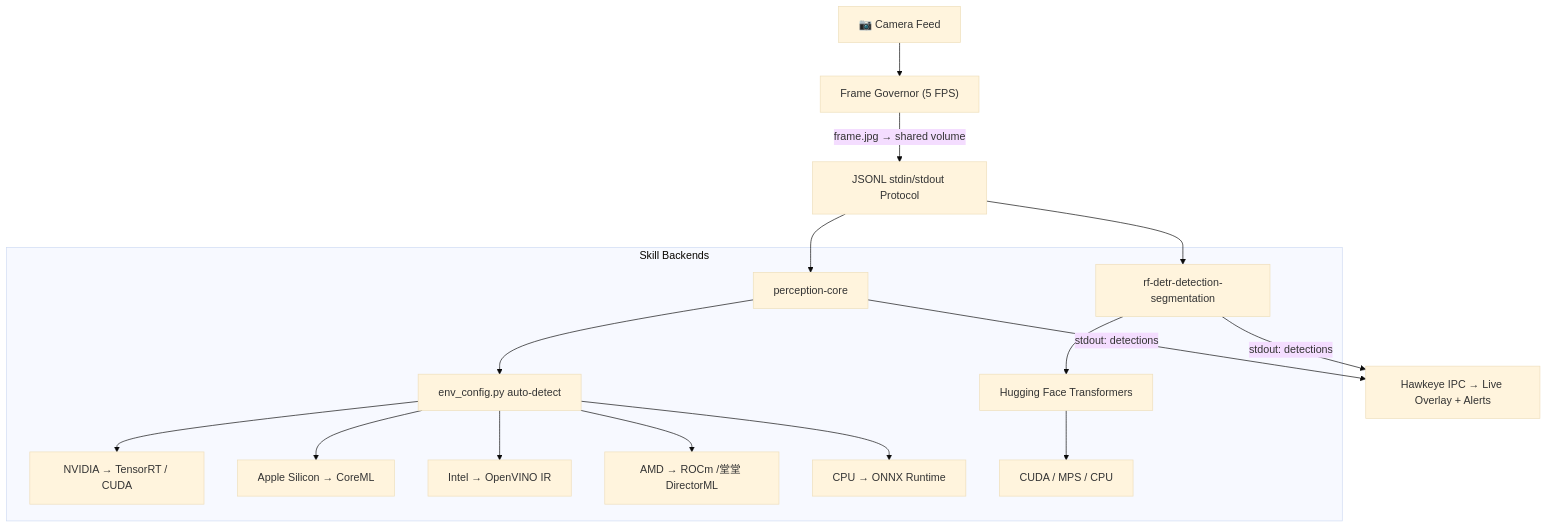
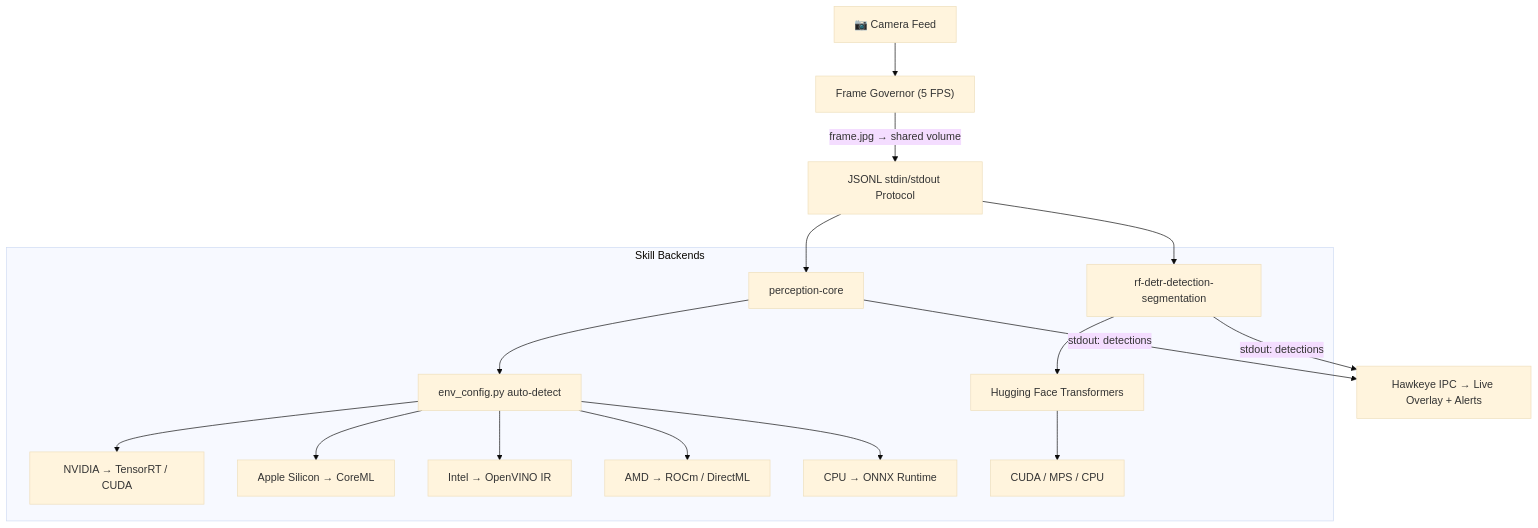
Before and after one commit to Nandha-06/Hawkeye-Surv-NVR: the second of 2 diagrams in README.md, drawn with Mermaid (base theme). The commit also changed other lines of this file, not shown here.

Commit message:
docs: remove Roadmap, Infrastructure, Support & Community, Contributions and clean up CJK characters

````diff
--- a/README.md
+++ b/README.md
@@ -130,23 +121,23 @@
 ```mermaid
 graph TB
     CAM["📷 Camera Feed"] --> GOV["Frame Governor (5 FPS)"]
     GOV --> |"frame.jpg → shared volume"| PROTO["JSONL stdin/stdout Protocol"]
 
     PROTO --> PCORE["perception-core"]
     PROTO --> RFD["rf-detr-detection-segmentation"]
 
     subgraph Backends["Skill Backends"]
         PCORE --> ENV["env_config.py auto-detect"]
         ENV --> TRT["NVIDIA → TensorRT / CUDA"]
         ENV --> CML["Apple Silicon → CoreML"]
         ENV --> OVIR["Intel → OpenVINO IR"]
-        ENV --> ROCM["AMD → ROCm /堂堂 DirectorML"]
+        ENV --> ROCM["AMD → ROCm / DirectML"]
         ENV --> ONNX["CPU → ONNX Runtime"]
 
         RFD --> HF["Hugging Face Transformers"]
         HF --> CUDA2["CUDA / MPS / CPU"]
     end
 
     PCORE --> |"stdout: detections"| HAWKEYE["Hawkeye IPC → Live Overlay + Alerts"]
     RFD --> |"stdout: detections"| HAWKEYE
 ```
````
